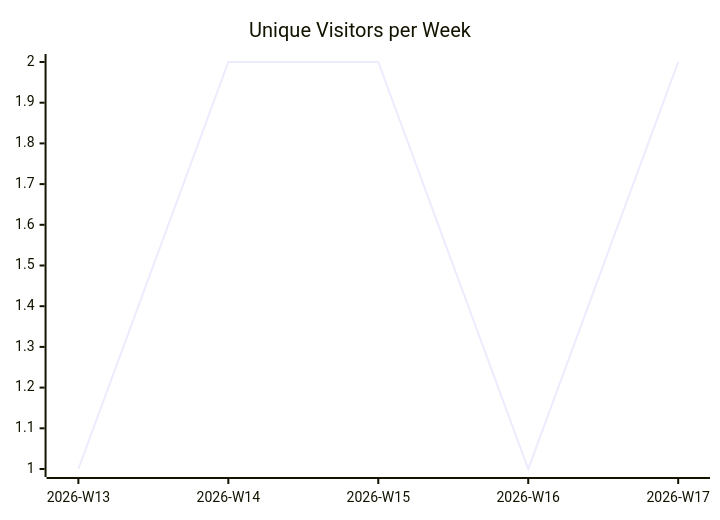
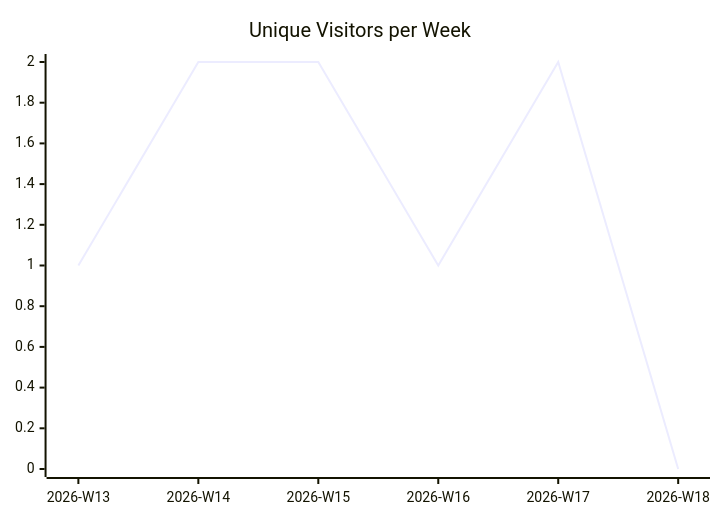
Before and after one commit to justdavis-family/github-analytics-data: the first of 3 diagrams in karlmdavis/fhir-benchmarks/README.md, drawn with Mermaid. The commit also changed other lines of this file and 184 other files, not shown here.

````diff
--- a/karlmdavis/fhir-benchmarks/README.md
+++ b/karlmdavis/fhir-benchmarks/README.md
@@ -5,6 +5,6 @@
 ```mermaid
 xychart-beta
   title "Unique Visitors per Week"
-  x-axis ["2026-W13", "2026-W14", "2026-W15", "2026-W16", "2026-W17"]
-  line [1, 2, 2, 1, 2]
+  x-axis ["2026-W13", "2026-W14", "2026-W15", "2026-W16", "2026-W17", "2026-W18"]
+  line [1, 2, 2, 1, 2, 0]
 ```
````
